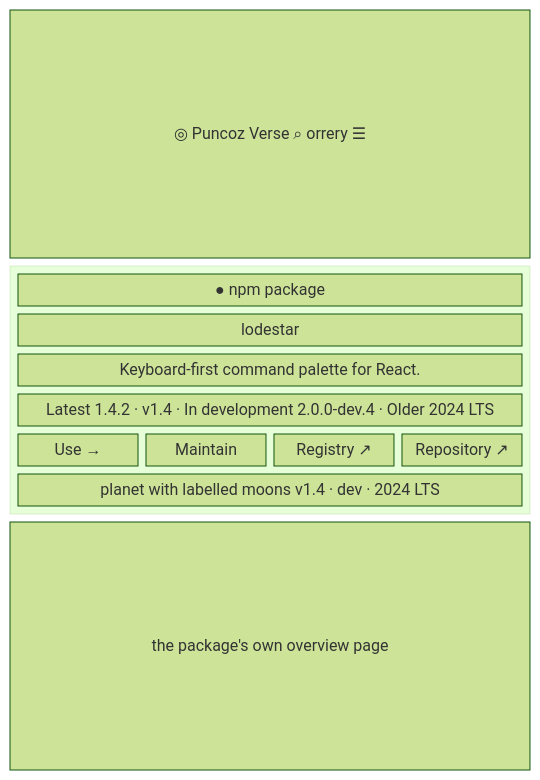
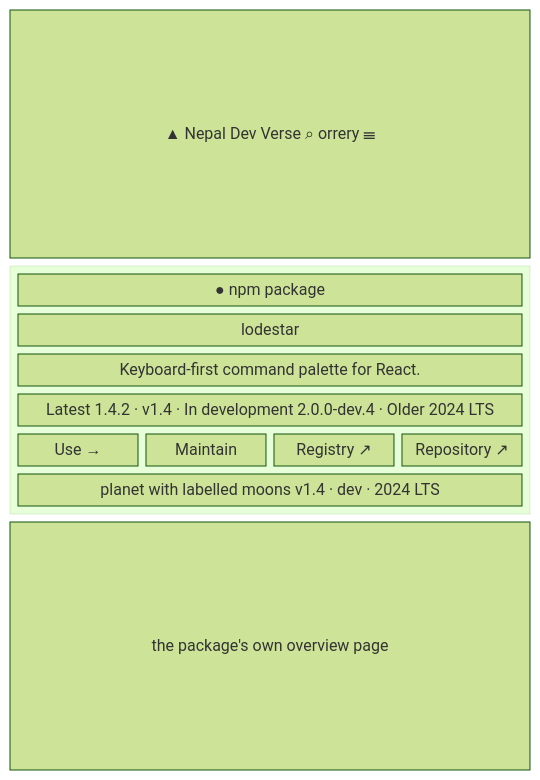
The third of 8 diagrams in content/docs/maintain/app-flow/site-pages.mdx (nepal-dev-com/docs.nepal-dev.com), drawn with Mermaid (forest theme) before and after one commit. The commit also changed other lines of this file and 145 other files, not shown here.

Commit message:
nepal dev docs

````diff
--- a/content/docs/maintain/app-flow/site-pages.mdx
+++ b/content/docs/maintain/app-flow/site-pages.mdx
@@ -115,15 +115,15 @@
 ```mermaid
 block-beta
   columns 4
-  hdr["◎ Puncoz Verse   ⌕ orrery ☰"]:4
+  hdr["▲ Nepal Dev Verse   ⌕ orrery ☰"]:4
   block:hero:4
     columns 4
     kind["● npm package"]:4
     name["lodestar"]:4
     desc["Keyboard-first command palette for React."]:4
     facts["Latest 1.4.2 · v1.4 · In development 2.0.0-dev.4 · Older 2024 LTS"]:4
     use["Use →"] maint["Maintain"] reg["Registry ↗"] repo["Repository ↗"]
     draw["planet with labelled moons v1.4 · dev · 2024 LTS"]:4
   end
   body["the package's own overview page"]:4
 ```
````
